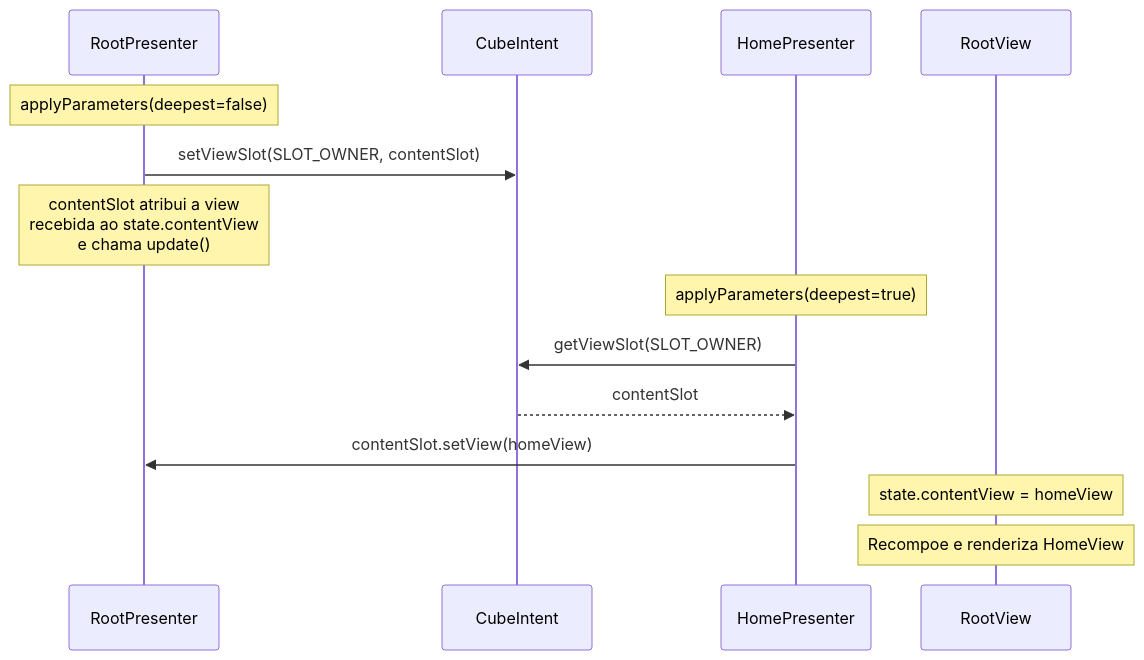
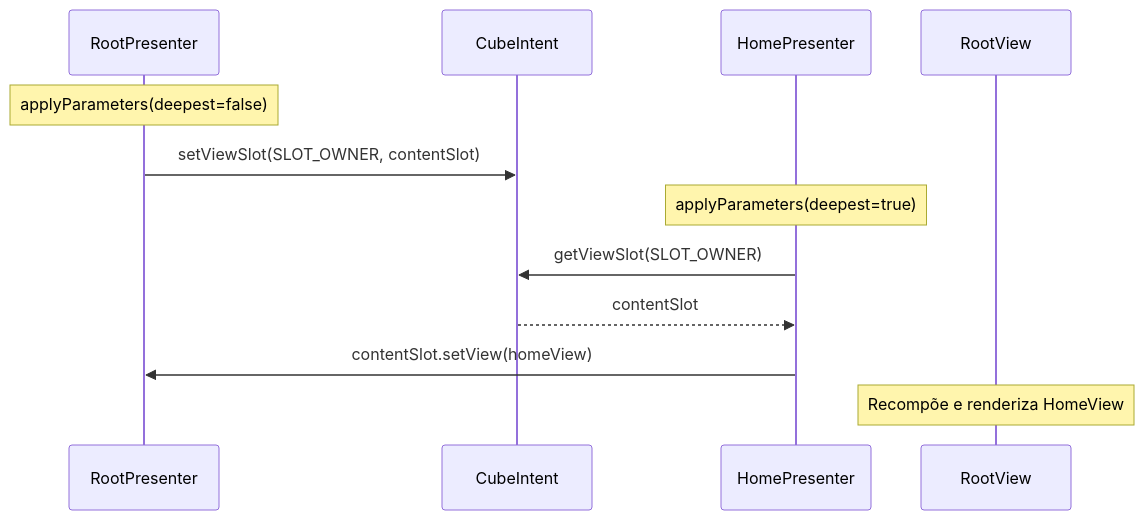
The seventh of 14 diagrams in docs/architecture.md (mrcdom/wdc-cube-kotlin), drawn with Mermaid before and after one commit. The commit also changed other lines of this file and 2 other files, not shown here.

First line of the commit message:
docs: restructure architecture.md as project-level overview

````diff
--- a/docs/architecture.md
+++ b/docs/architecture.md
@@ -415,18 +356,16 @@
 ```mermaid
 sequenceDiagram
     participant Root as RootPresenter
     participant Intent as CubeIntent
     participant Home as HomePresenter
     participant RootView as RootView
 
     Note over Root: applyParameters(deepest=false)
     Root->>Intent: setViewSlot(SLOT_OWNER, contentSlot)
-    Note over Root: contentSlot atribui a view<br/>recebida ao state.contentView<br/>e chama update()
 
     Note over Home: applyParameters(deepest=true)
     Home->>Intent: getViewSlot(SLOT_OWNER)
     Intent-->>Home: contentSlot
     Home->>Root: contentSlot.setView(homeView)
-    Note over RootView: state.contentView = homeView
-    Note over RootView: Recompoe e renderiza HomeView
+    Note over RootView: Recompõe e renderiza HomeView
 ```
````
